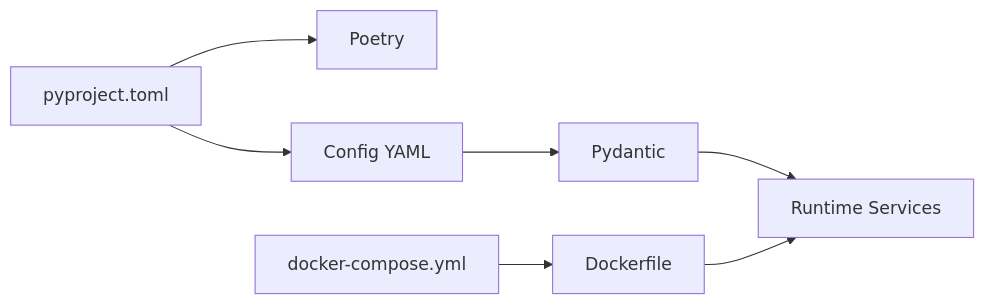
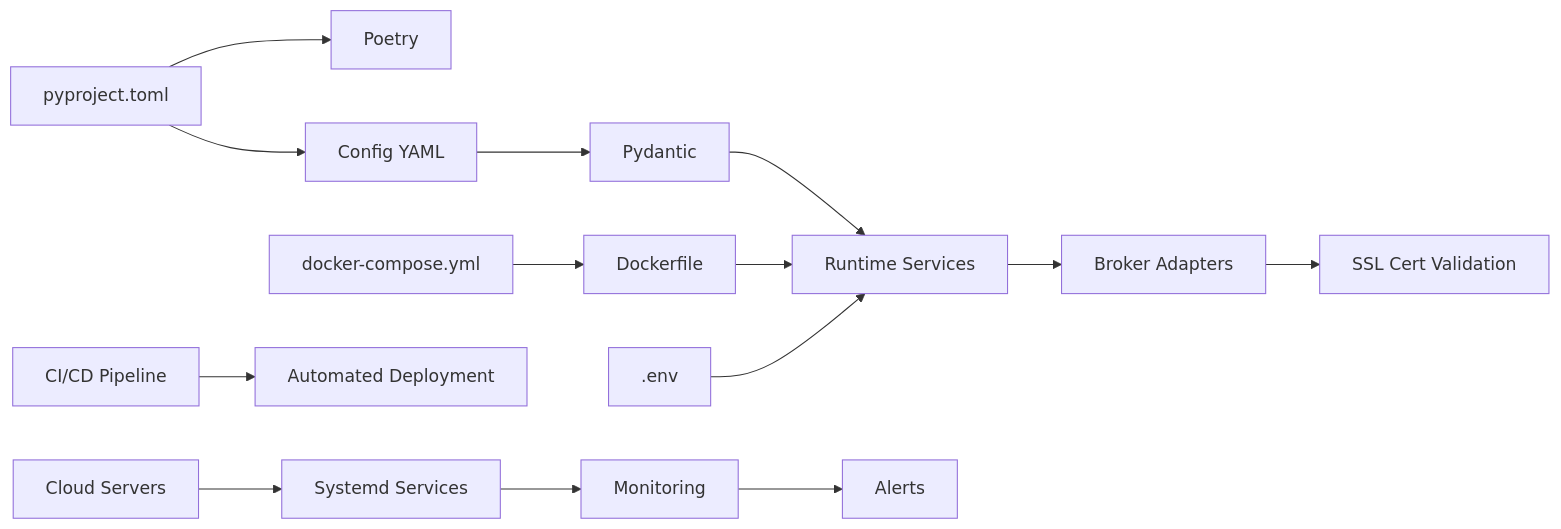
The seventh of 7 diagrams in .qoder/repowiki/en/content/Configuration and Deployment.md (guofeng201507/shark-quant-trader), drawn with Mermaid before and after one commit. The commit also changed other lines of this file and 14 other files, not shown here.

````diff
--- a/.qoder/repowiki/en/content/Configuration and Deployment.md
+++ b/.qoder/repowiki/en/content/Configuration and Deployment.md
@@ -318,9 +961,16 @@
 ```mermaid
 graph LR
 P["pyproject.toml"] --> PY["Poetry"]
 P --> CFG["Config YAML"]
 CFG --> PYD["Pydantic"]
 PYD --> RUNTIME["Runtime Services"]
 DC["docker-compose.yml"] --> DOCKER["Dockerfile"]
 DOCKER --> RUNTIME
+ENV[".env"] --> RUNTIME
+CI["CI/CD Pipeline"] --> DEPLOY["Automated Deployment"]
+BROKERS["Broker Adapters"] --> SSL["SSL Cert Validation"]
+RUNTIME --> BROKERS
+CS["Cloud Servers"] --> SYS["Systemd Services"]
+SYS --> MON["Monitoring"]
+MON --> ALERT["Alerts"]
 ```
````
